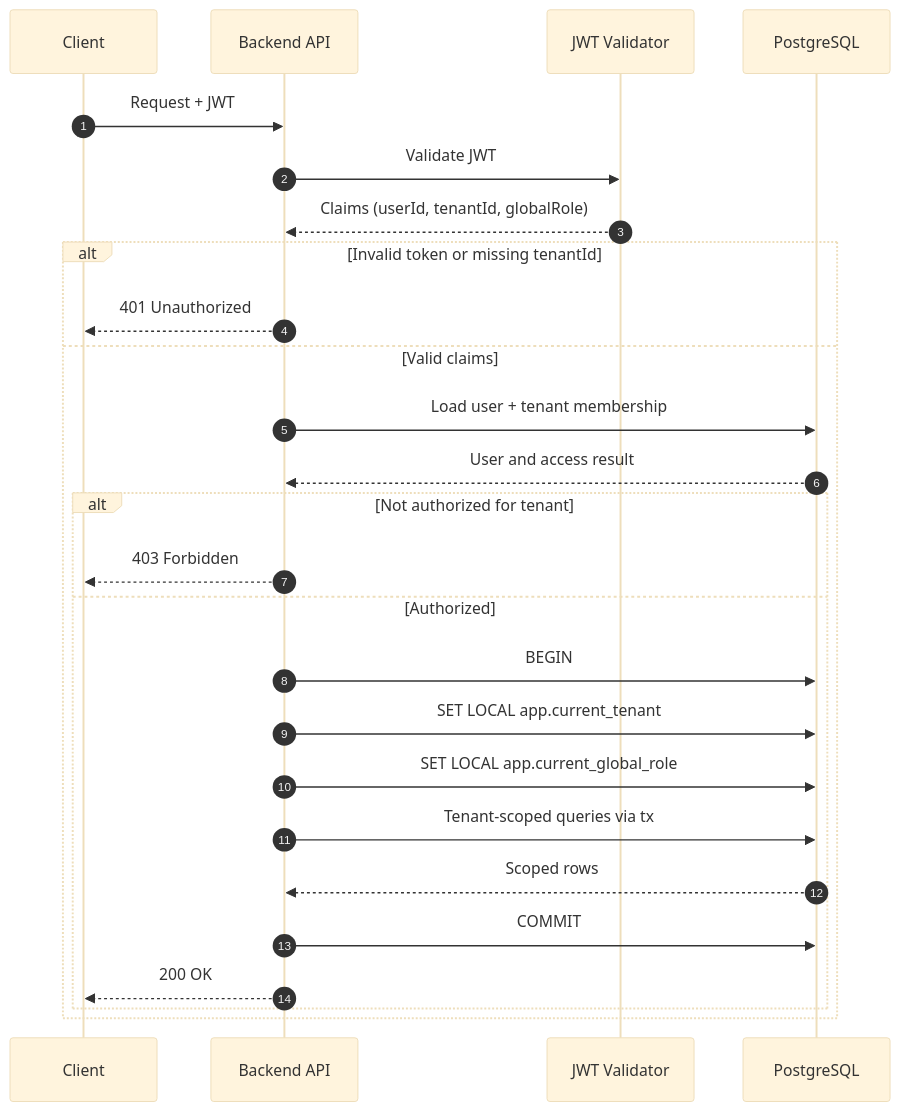
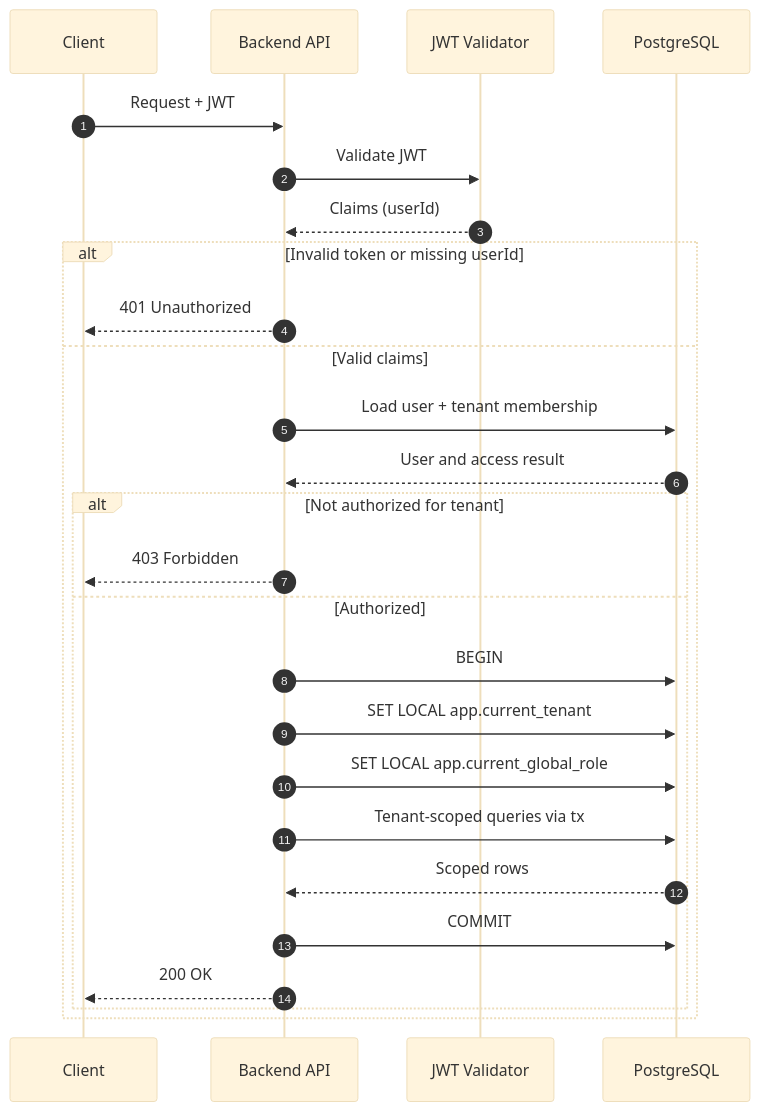
One commit to KaterynaKocheharova/Multi-tenant-architecture changed the diagram in architecture-homework/docs/adr/ADR-001-tenant-resolution.md. Above: the diagram before and after it, drawn with Mermaid (base theme). The commit also changed other lines of this file and 14 other files, not shown here.

````diff
--- a/architecture-homework/docs/adr/ADR-001-tenant-resolution.md
+++ b/architecture-homework/docs/adr/ADR-001-tenant-resolution.md
@@ -21,31 +21,31 @@
 ```mermaid
 sequenceDiagram
 	autonumber
 	participant Client
 	participant API as Backend API
 	participant Auth as JWT Validator
 	participant DB as PostgreSQL
 
 	Client->>API: Request + JWT
 	API->>Auth: Validate JWT
-	Auth-->>API: Claims (userId, tenantId, globalRole)
+	Auth-->>API: Claims (userId)
 
-	alt Invalid token or missing tenantId
+	alt Invalid token or missing userId
 		API-->>Client: 401 Unauthorized
 	else Valid claims
 		API->>DB: Load user + tenant membership
 		DB-->>API: User and access result
 
 		alt Not authorized for tenant
 			API-->>Client: 403 Forbidden
 		else Authorized
 			API->>DB: BEGIN
 			API->>DB: SET LOCAL app.current_tenant
 			API->>DB: SET LOCAL app.current_global_role
 			API->>DB: Tenant-scoped queries via tx
 			DB-->>API: Scoped rows
 			API->>DB: COMMIT
 			API-->>Client: 200 OK
 		end
 	end
 ```
````
